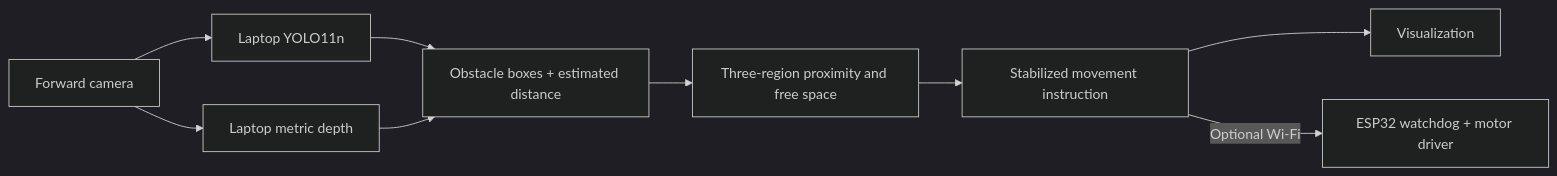
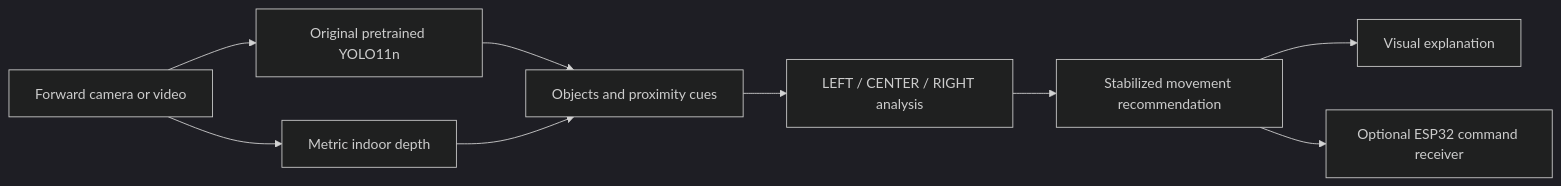
The diagram in README.md (thebaynal/Vision-Drive), drawn with Mermaid (dark theme) before and after one commit. The commit also changed other lines of this file and 45 other files, not shown here.

````diff
--- a/README.md
+++ b/README.md
@@ -52,11 +19,11 @@
 ```mermaid
 flowchart LR
-    A[Forward camera] --> B[Laptop YOLO11n]
-    A --> C[Laptop metric depth]
-    B --> D[Obstacle boxes + estimated distance]
+    A[Forward camera or video] --> B[Original pretrained YOLO11n]
+    A --> C[Metric indoor depth]
+    B --> D[Objects and proximity cues]
     C --> D
-    D --> E[Three-region proximity and free space]
-    E --> F[Stabilized movement instruction]
-    F --> G[Visualization]
-    F -->|Optional Wi-Fi| H[ESP32 watchdog + motor driver]
+    D --> E[LEFT / CENTER / RIGHT analysis]
+    E --> F[Stabilized movement recommendation]
+    F --> G[Visual explanation]
+    F --> H[Optional ESP32 command receiver]
 ```
````
